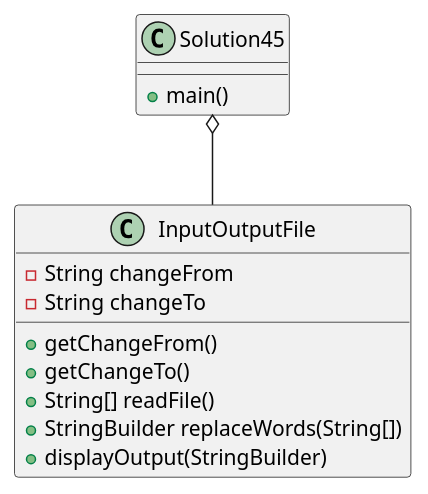
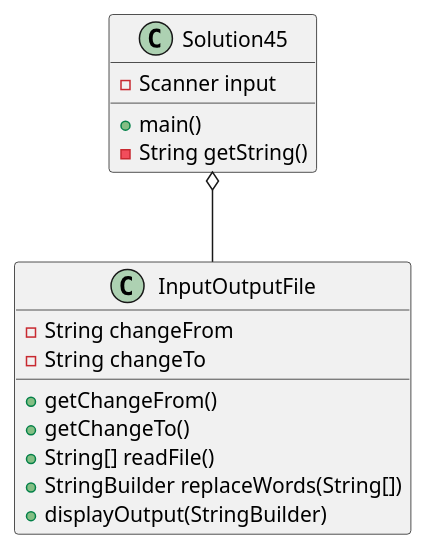
Before and after one commit to PraweenPongpat/pongpat-a04: the diagram in exercise45/docs/classDiagram.puml, drawn with PlantUML. The commit also changed 3 other files, not shown here.

```diff
--- a/exercise45/docs/classDiagram.puml
+++ b/exercise45/docs/classDiagram.puml
@@ -1,17 +1,20 @@
 @startuml
 class Solution45 {
+    -Scanner input
+
     +main()
+    -String getString()
 }
 class InputOutputFile {
     -String changeFrom
     -String changeTo
 
     +getChangeFrom()
     +getChangeTo()
     +String[] readFile()
     +StringBuilder replaceWords(String[])
     +displayOutput(StringBuilder)
         'displaying output will not be tested
 }
 Solution45 o-- InputOutputFile
 @enduml
```
